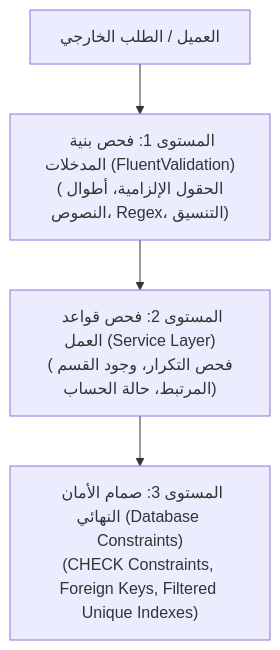
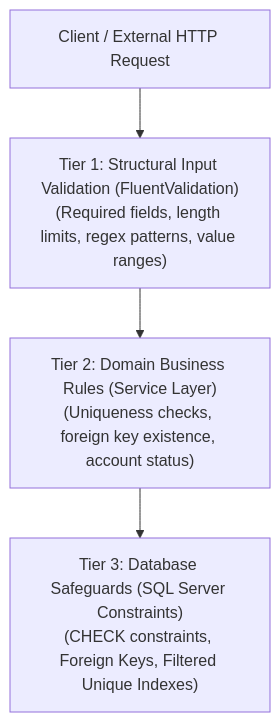
One commit to Abbas-F-R/Training_Project changed the diagram in Documentation/Validation-Guide.md. Above: the diagram before and after it, drawn with Mermaid. The commit also changed other lines of this file and 111 other files, not shown here.

````diff
--- a/Documentation/Validation-Guide.md
+++ b/Documentation/Validation-Guide.md
@@ -22,6 +22,6 @@
 ```mermaid
 graph TD
-    Client["العميل / الطلب الخارجي"] --> L1["المستوى 1: فحص بنية المدخلات (FluentValidation)<br/>(الحقول الإلزامية، أطوال النصوص، Regex، التنسيق)"]
-    L1 --> L2["المستوى 2: فحص قواعد العمل (Service Layer)<br/>(فحص التكرار، وجود القسم المرتبط، حالة الحساب)"]
-    L2 --> L3["المستوى 3: صمام الأمان النهائي (Database Constraints)<br/>(CHECK Constraints, Foreign Keys, Filtered Unique Indexes)"]
+    Client["Client / External HTTP Request"] --> L1["Tier 1: Structural Input Validation (FluentValidation)<br/>(Required fields, length limits, regex patterns, value ranges)"]
+    L1 --> L2["Tier 2: Domain Business Rules (Service Layer)<br/>(Uniqueness checks, foreign key existence, account status)"]
+    L2 --> L3["Tier 3: Database Safeguards (SQL Server Constraints)<br/>(CHECK constraints, Foreign Keys, Filtered Unique Indexes)"]
 ```
````
